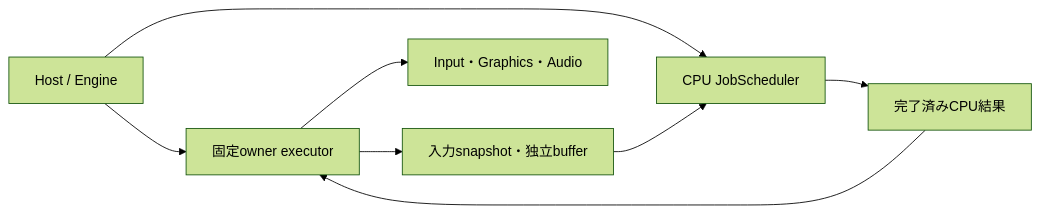
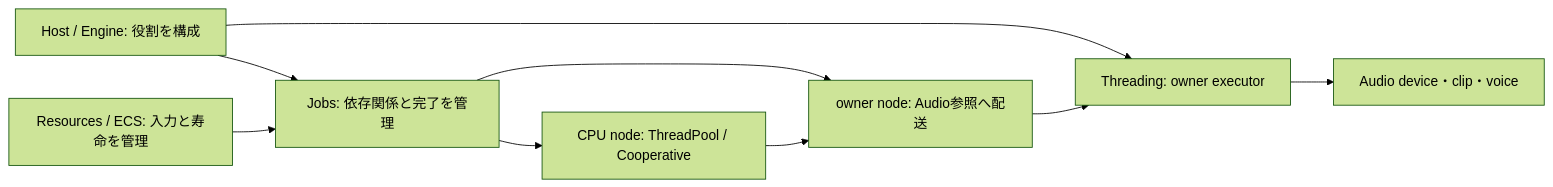
One commit to ikihiki/Lumyte changed the diagram in docs/adr/core/CORE-0003-execution-and-jobs.md. Above: the diagram before and after it, drawn with Mermaid (forest theme). The commit also changed other lines of this file, not shown here.

Commit message:
docs: connect owner jobs with audio resources and ECS

````diff
--- a/docs/adr/core/CORE-0003-execution-and-jobs.md
+++ b/docs/adr/core/CORE-0003-execution-and-jobs.md
@@ -33,10 +33,11 @@
 ```mermaid
 flowchart LR
-    H[Host / Engine] --> O[固定owner executor]
-    H --> J[CPU JobScheduler]
-    O --> S[入力snapshot・独立buffer]
-    S --> J
-    J --> R[完了済みCPU結果]
-    R --> O
-    O --> B[Input・Graphics・Audio]
+    H[Host / Engine: 役割を構成] --> O[Threading: owner executor]
+    H --> J[Jobs: 依存関係と完了を管理]
+    R[Resources / ECS: 入力と寿命を管理] --> J
+    J --> C[CPU node: ThreadPool / Cooperative]
+    J --> A[owner node: Audio参照へ配送]
+    A --> O
+    O --> B[Audio device・clip・voice]
+    C --> A
 ```
````
